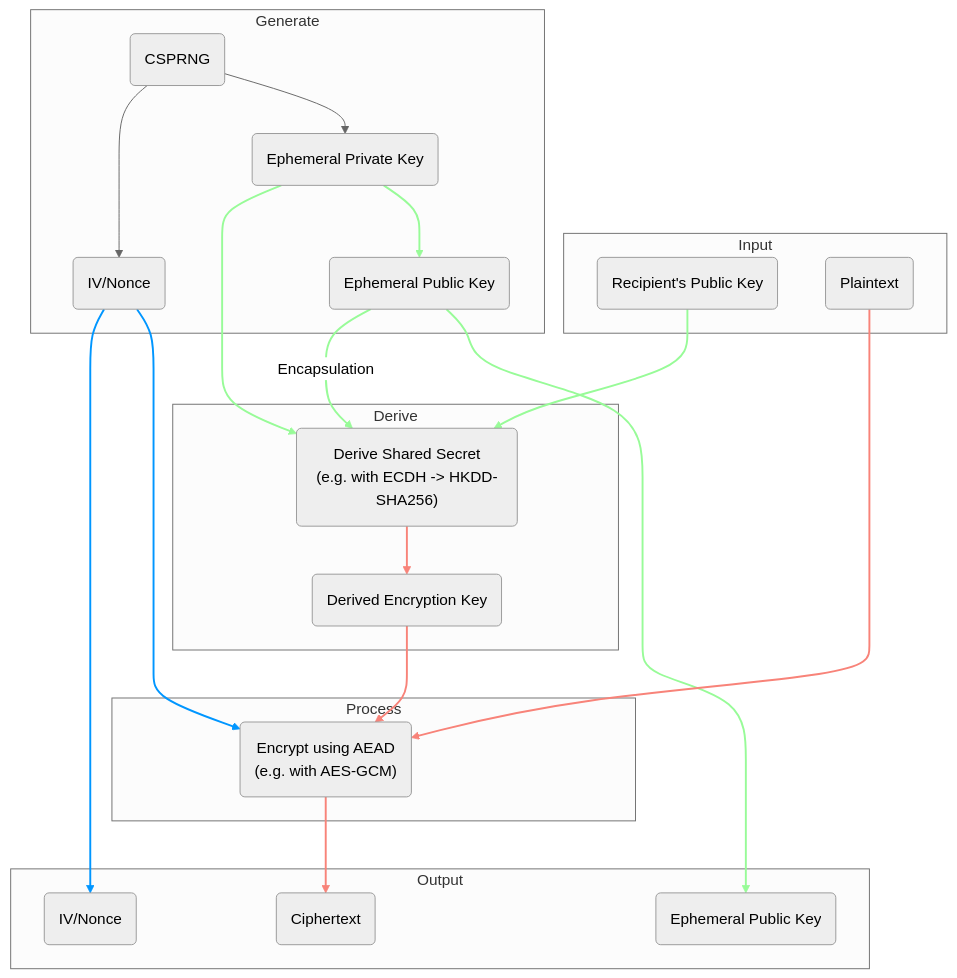
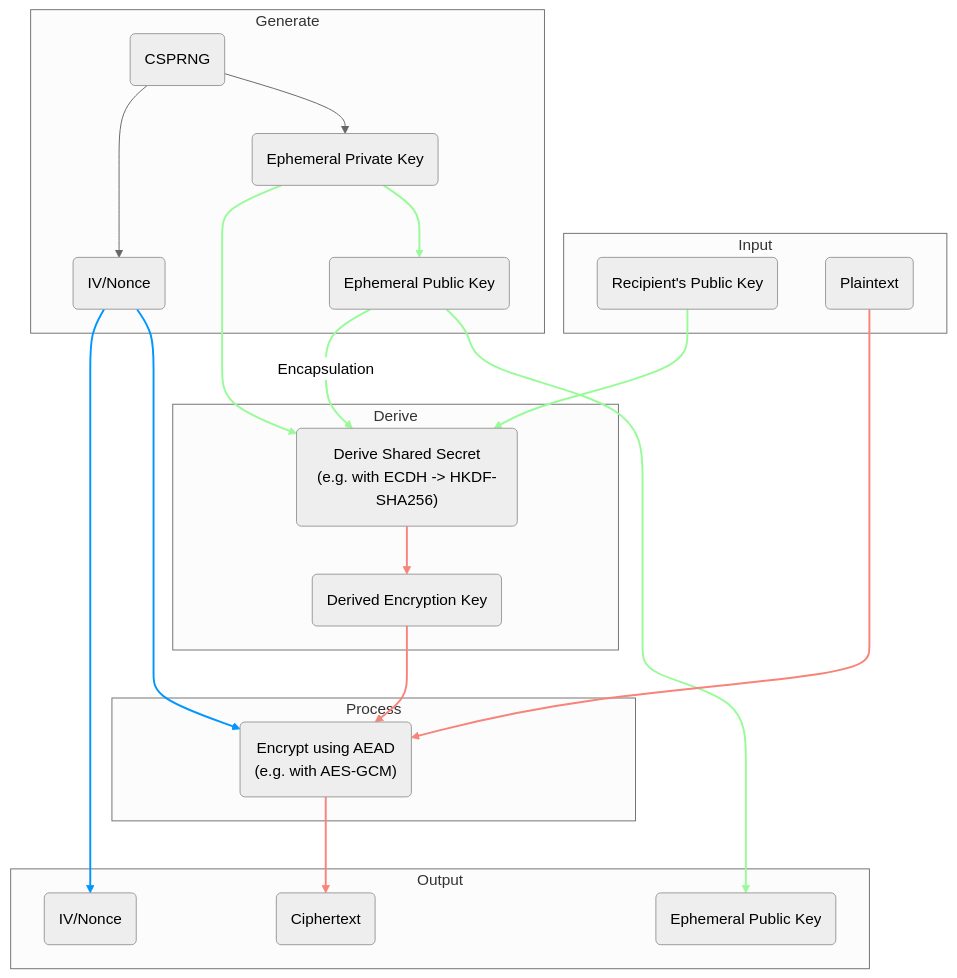
Before and after one commit to TJRoh01/libes: the second of 3 diagrams in README.md, drawn with Mermaid (neutral theme). The commit also changed other lines of this file and 2 other files, not shown here.

````diff
--- a/README.md
+++ b/README.md
@@ -186,58 +186,58 @@
 ```mermaid
 graph TB
     subgraph Input
         RK(Recipient's Public Key)
         MSG(Plaintext)
     end
     
     subgraph Generate
         CSPRNG(CSPRNG)
         EK_PUB(Ephemeral Public Key)
         EK_PRI(Ephemeral Private Key)
         IV(IV/Nonce)
     end
     
     subgraph Derive
-        DER_FN("Derive Shared Secret</br>(e.g. with ECDH -> HKDD-SHA256)")
+        DER_FN("Derive Shared Secret</br>(e.g. with ECDH -> HKDF-SHA256)")
         DER_ENC_KEY("Derived Encryption Key")
     end
     
     subgraph Process
         ENC_FN("Encrypt using AEAD</br>(e.g. with AES-GCM)")
     end
     
     subgraph Output
         ENC_OUT(Ciphertext)
         IV_OUT(IV/Nonce)
         EK_OUT(Ephemeral Public Key)
     end
     
     CSPRNG --> EK_PRI & IV
     EK_PRI --> EK_PUB
     EK_PUB --> EK_OUT
     RK --> DER_FN
     EK_PRI --> DER_FN
     DER_FN --> DER_ENC_KEY
     DER_ENC_KEY --> ENC_FN
     MSG --> ENC_FN
     ENC_FN --> ENC_OUT
     IV --> ENC_FN & IV_OUT
     EK_PUB --> |Encapsulation| DER_FN
     
     %% Elliptic Curve Key link colorization
     linkStyle 2 stroke:#98fb98,stroke-width:2px;
     linkStyle 3 stroke:#98fb98,stroke-width:2px;
     linkStyle 4 stroke:#98fb98,stroke-width:2px;
     linkStyle 5 stroke:#98fb98,stroke-width:2px;
     linkStyle 12 stroke:#98fb98,stroke-width:2px;
     
     %% Nonce link colorization
     linkStyle 10 stroke:#0096ff,stroke-width:2px;
     linkStyle 11 stroke:#0096ff,stroke-width:2px;
     
     %% Encryption link colorization
     linkStyle 6 stroke:#f88379,stroke-width:2px;
     linkStyle 7 stroke:#f88379,stroke-width:2px;
     linkStyle 8 stroke:#f88379,stroke-width:2px;
     linkStyle 9 stroke:#f88379,stroke-width:2px;
 ```
````
